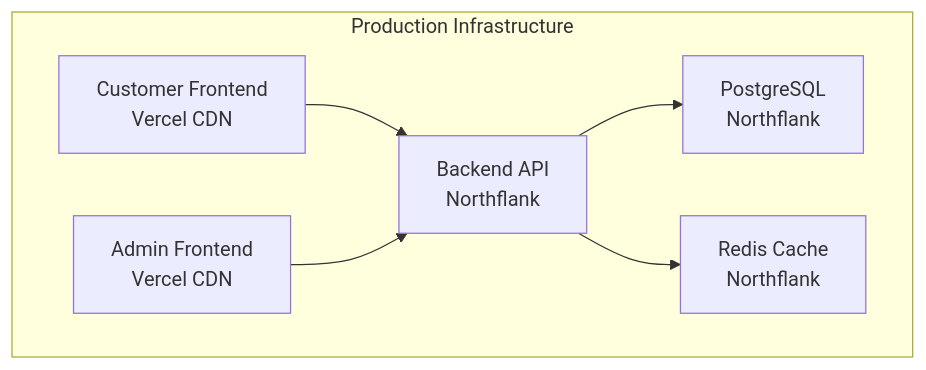
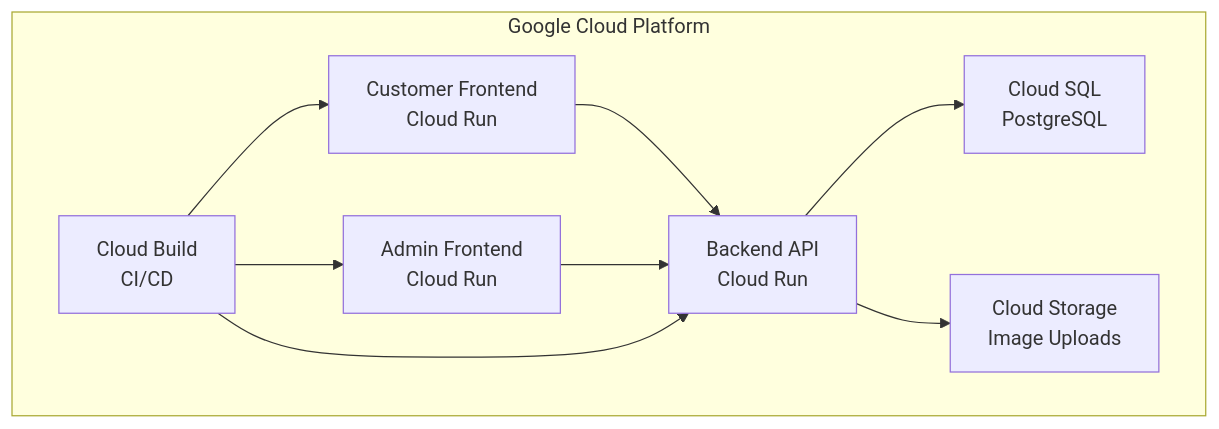
Before and after one commit to dera-delis/E-commerce-Store: the second of 2 diagrams in README.md, drawn with Mermaid. The commit also changed other lines of this file and 26 other files, not shown here.

Commit message:
chore: clean up project and update documentation - Remove unused deployment configs (Vercel, Firebase) - Update README.md with accurate Google Cloud Run deployment info - Update image upload to use Google Cloud Storage - Improve code organization for professional presentation

````diff
--- a/README.md
+++ b/README.md
@@ -444,15 +458,19 @@
 ```mermaid
 graph TB
-    subgraph "Production Infrastructure"
-        A[Customer Frontend<br/>Vercel CDN]
-        B[Admin Frontend<br/>Vercel CDN]
-        C[Backend API<br/>Northflank]
-        D[PostgreSQL<br/>Northflank]
-        E[Redis Cache<br/>Northflank]
+    subgraph "Google Cloud Platform"
+        A[Customer Frontend<br/>Cloud Run]
+        B[Admin Frontend<br/>Cloud Run]
+        C[Backend API<br/>Cloud Run]
+        D[Cloud SQL<br/>PostgreSQL]
+        E[Cloud Storage<br/>Image Uploads]
+        F[Cloud Build<br/>CI/CD]
     end
     
     A --> C
     B --> C
     C --> D
     C --> E
+    F --> A
+    F --> B
+    F --> C
 ```
````
